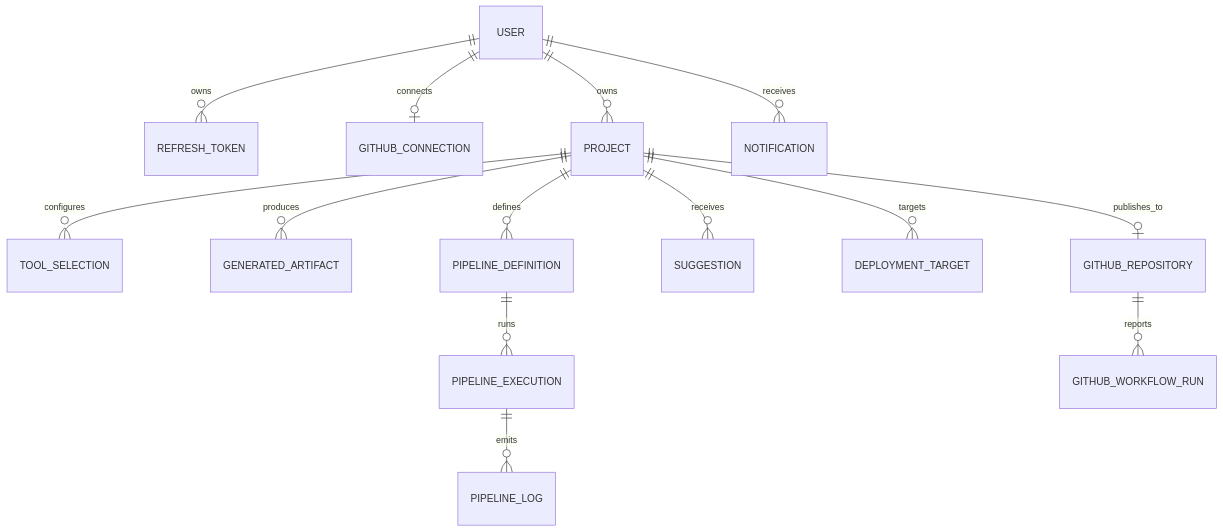
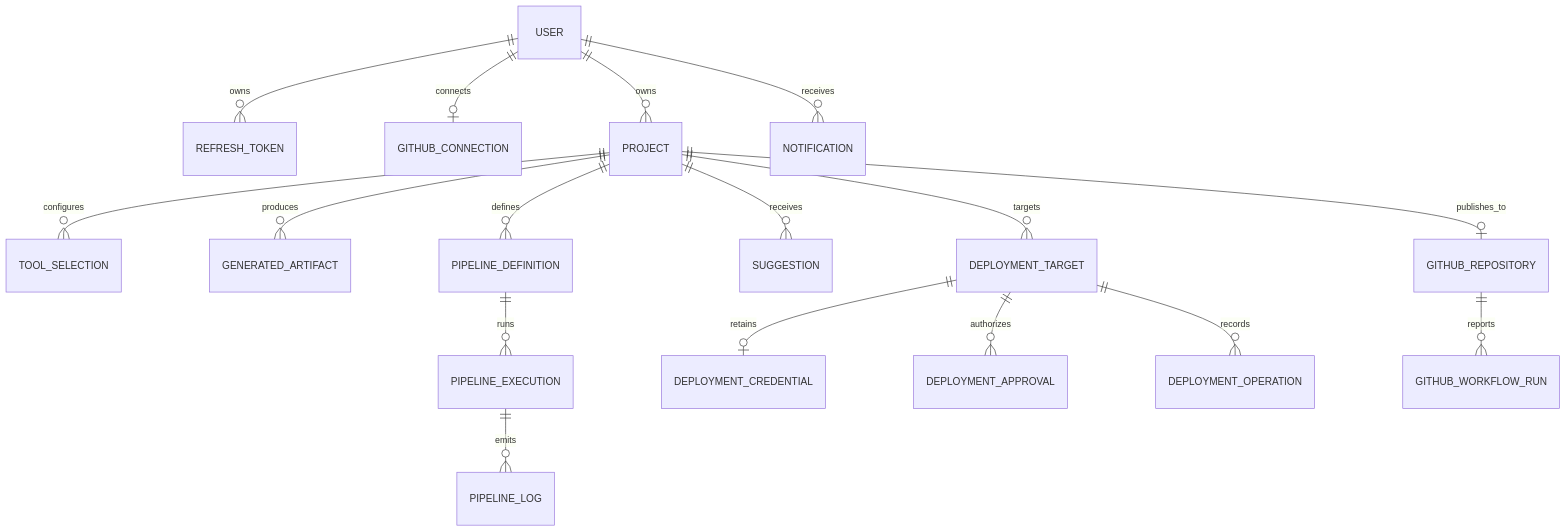
The second of 11 diagrams in docs/15_PROJECT_KNOWLEDGE_GRAPH.md (devkumarbaheti2507/BuildSphere), drawn with Mermaid before and after one commit. The commit also changed other lines of this file and 68 other files, not shown here.

````diff
--- a/docs/15_PROJECT_KNOWLEDGE_GRAPH.md
+++ b/docs/15_PROJECT_KNOWLEDGE_GRAPH.md
@@ -173,16 +183,19 @@
 ```mermaid
 erDiagram
   USER ||--o{ REFRESH_TOKEN : owns
   USER ||--o| GITHUB_CONNECTION : connects
   USER ||--o{ PROJECT : owns
   USER ||--o{ NOTIFICATION : receives
   PROJECT ||--o{ TOOL_SELECTION : configures
   PROJECT ||--o{ GENERATED_ARTIFACT : produces
   PROJECT ||--o{ PIPELINE_DEFINITION : defines
   PIPELINE_DEFINITION ||--o{ PIPELINE_EXECUTION : runs
   PIPELINE_EXECUTION ||--o{ PIPELINE_LOG : emits
   PROJECT ||--o{ SUGGESTION : receives
   PROJECT ||--o{ DEPLOYMENT_TARGET : targets
+  DEPLOYMENT_TARGET ||--o| DEPLOYMENT_CREDENTIAL : retains
+  DEPLOYMENT_TARGET ||--o{ DEPLOYMENT_APPROVAL : authorizes
+  DEPLOYMENT_TARGET ||--o{ DEPLOYMENT_OPERATION : records
   PROJECT ||--o| GITHUB_REPOSITORY : publishes_to
   GITHUB_REPOSITORY ||--o{ GITHUB_WORKFLOW_RUN : reports
 ```
````
